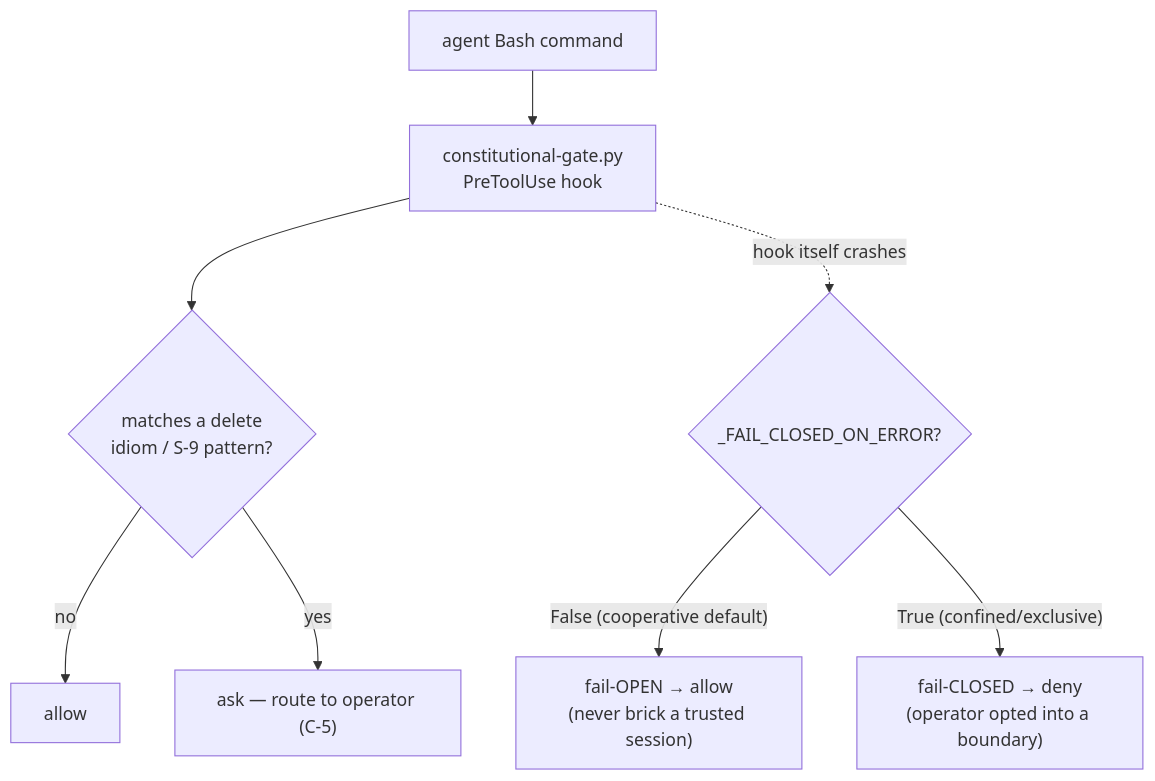
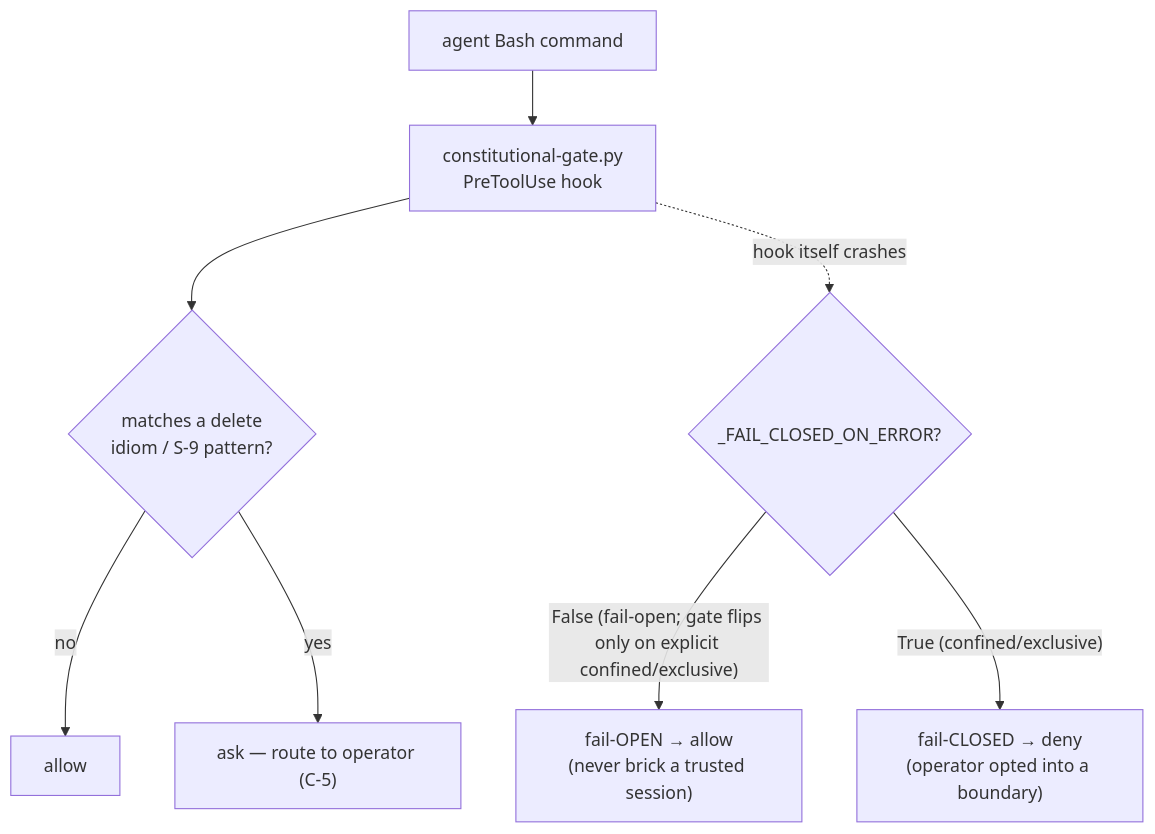
One commit to jlcatonjr/agentteams changed the fourth of 6 diagrams in docs_src/agentteams-sandboxing-guide/SKELETON.md. Above: the diagram before and after it, drawn with Mermaid. The commit also changed other lines of this file and 41 other files, not shown here.

````diff
--- a/docs_src/agentteams-sandboxing-guide/SKELETON.md
+++ b/docs_src/agentteams-sandboxing-guide/SKELETON.md
@@ -433,10 +438,10 @@
 ```mermaid
 flowchart TD
     CMD["agent Bash command"] --> H["constitutional-gate.py<br/>PreToolUse hook"]
     H --> MATCH{"matches a delete<br/>idiom / S-9 pattern?"}
     MATCH -->|no| ALLOW["allow"]
     MATCH -->|yes| ASK["ask — route to operator (C-5)"]
     H -.->|"hook itself crashes"| FC{"_FAIL_CLOSED_ON_ERROR?"}
-    FC -->|"False (cooperative default)"| ALLOW2["fail-OPEN → allow<br/>(never brick a trusted session)"]
+    FC -->|"False (fail-open; gate flips only on explicit confined/exclusive)"| ALLOW2["fail-OPEN → allow<br/>(never brick a trusted session)"]
     FC -->|"True (confined/exclusive)"| DENY["fail-CLOSED → deny<br/>(operator opted into a boundary)"]
 ```
````
